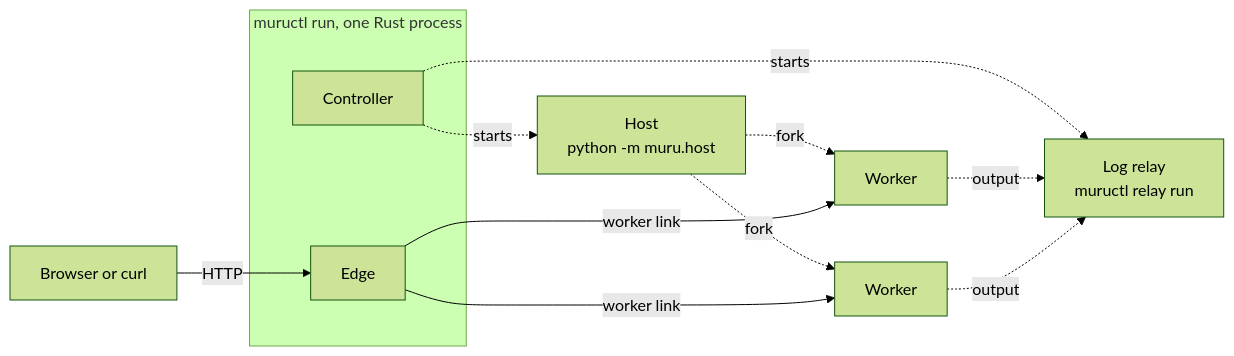
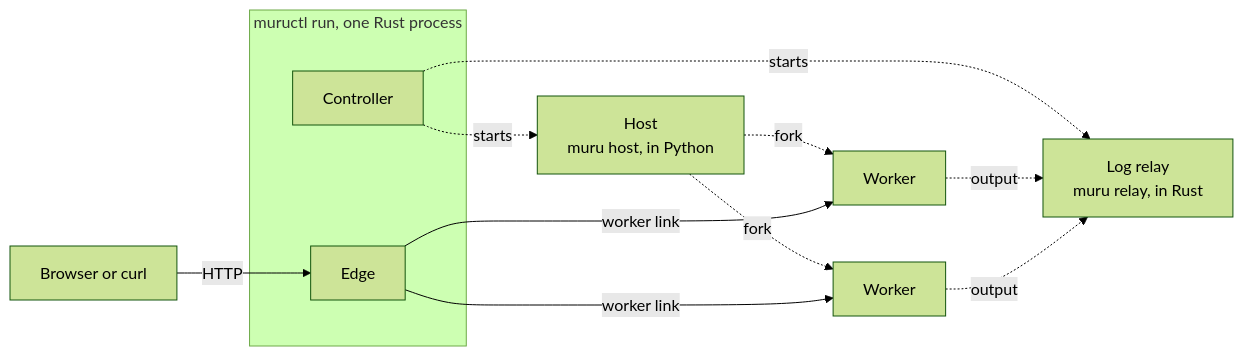
The second of 2 diagrams in workshops/where-muru-fits/files/docs/muru-processes.md (muruhq/muru-workshops), drawn with Mermaid (forest theme) before and after one commit. The commit also changed 124 other files, not shown here.

````diff
--- a/workshops/where-muru-fits/files/docs/muru-processes.md
+++ b/workshops/where-muru-fits/files/docs/muru-processes.md
@@ -42,16 +42,16 @@
 ```mermaid
 flowchart LR
     B[Browser or curl] -->|HTTP| E
     subgraph M[muructl run, one Rust process]
         E[Edge]
         K[Controller]
     end
-    K -. starts .-> H[Host<br/>python -m muru.host]
-    K -. starts .-> R[Log relay<br/>muructl relay run]
+    K -. starts .-> H[Host<br/>muru host, in Python]
+    K -. starts .-> R[Log relay<br/>muru relay, in Rust]
     H -. fork .-> W1[Worker]
     H -. fork .-> W2[Worker]
     E -->|worker link| W1
     E -->|worker link| W2
     W1 -. output .-> R
     W2 -. output .-> R
 ```
````
